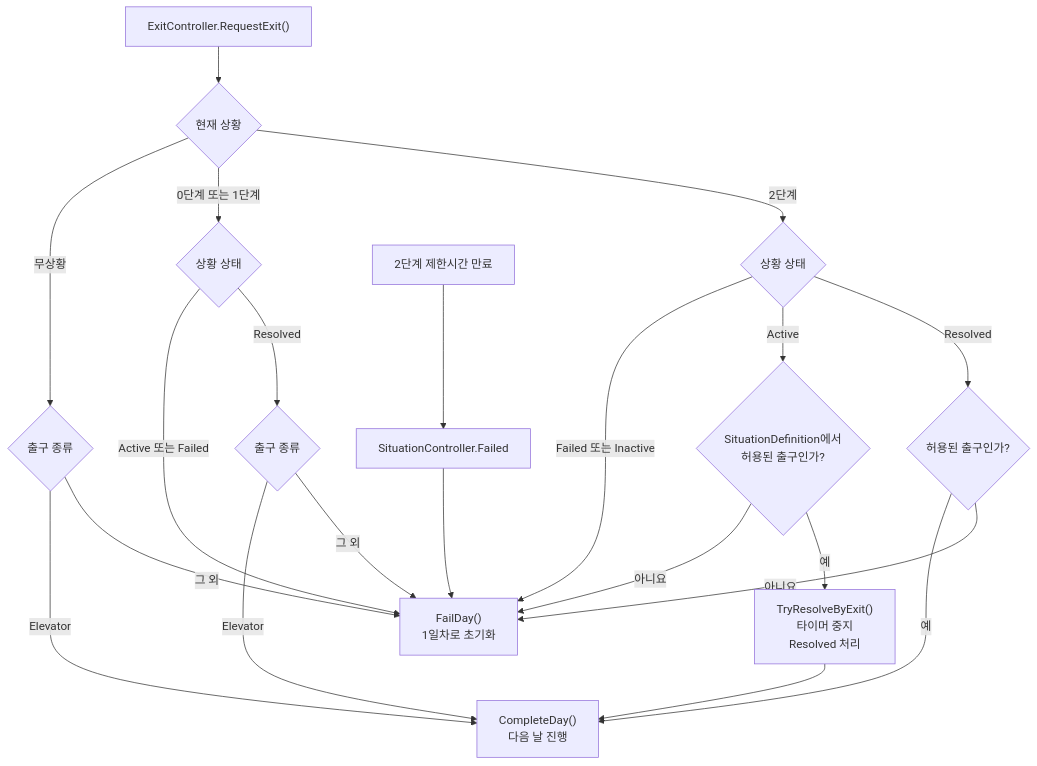
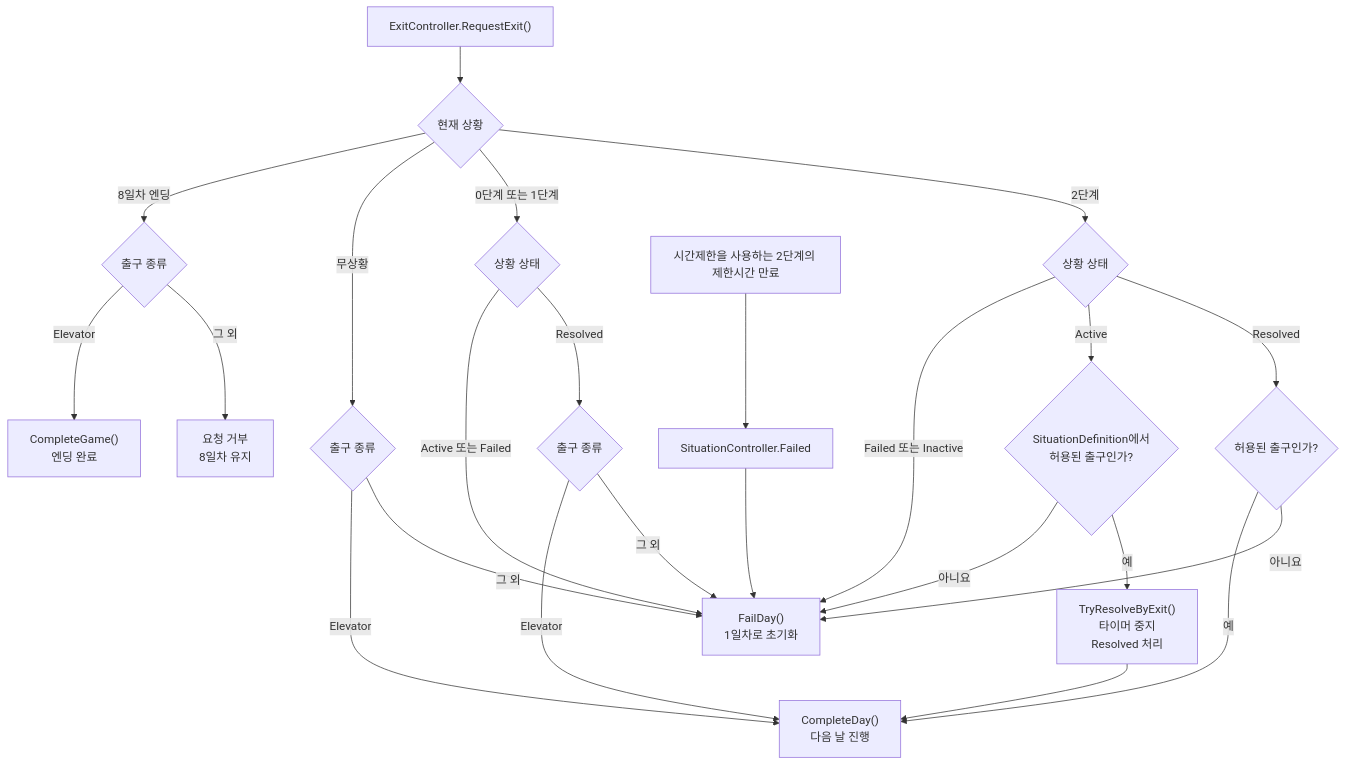
Before and after one commit to jeonghwan916/Virtual-Rescue: the second of 2 diagrams in PLANforLoopSystem.md, drawn with Mermaid. The commit also changed other lines of this file and 12 other files, not shown here.

````diff
--- a/PLANforLoopSystem.md
+++ b/PLANforLoopSystem.md
@@ -200,29 +238,33 @@
 ```mermaid
 flowchart TD
     A["ExitController.RequestExit()"] --> B{"현재 상황"}
+
+    B -->|8일차 엔딩| E8{"출구 종류"}
+    E8 -->|Elevator| C8["CompleteGame()<br/>엔딩 완료"]
+    E8 -->|그 외| R8["요청 거부<br/>8일차 유지"]
 
     B -->|무상황| NS{"출구 종류"}
     NS -->|Elevator| COMPLETE["CompleteDay()<br/>다음 날 진행"]
     NS -->|그 외| FAIL["FailDay()<br/>1일차로 초기화"]
 
     B -->|"0단계 또는 1단계"| L01{"상황 상태"}
     L01 -->|"Active 또는 Failed"| FAIL
     L01 -->|Resolved| L01EXIT{"출구 종류"}
     L01EXIT -->|Elevator| COMPLETE
     L01EXIT -->|그 외| FAIL
 
     B -->|2단계| L2STATE{"상황 상태"}
     L2STATE -->|"Failed 또는 Inactive"| FAIL
     L2STATE -->|Active| L2EXIT{"SituationDefinition에서<br/>허용된 출구인가?"}
     L2STATE -->|Resolved| L2RESOLVED{"허용된 출구인가?"}
 
     L2EXIT -->|아니요| FAIL
     L2EXIT -->|예| RESOLVE["TryResolveByExit()<br/>타이머 중지<br/>Resolved 처리"]
     RESOLVE --> COMPLETE
 
     L2RESOLVED -->|예| COMPLETE
     L2RESOLVED -->|아니요| FAIL
 
-    TIMER["2단계 제한시간 만료"] --> TFAIL["SituationController.Failed"]
+    TIMER["시간제한을 사용하는 2단계의 제한시간 만료"] --> TFAIL["SituationController.Failed"]
     TFAIL --> FAIL
 ```
````
